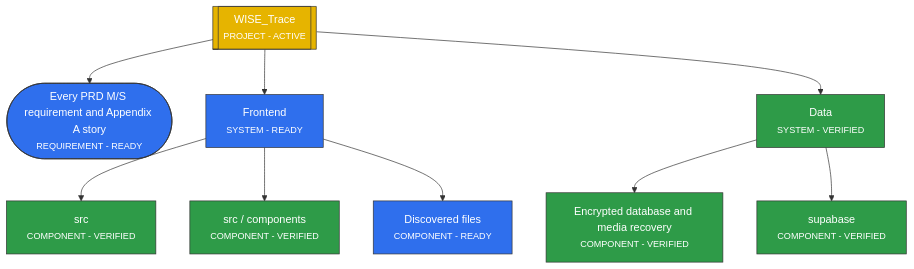
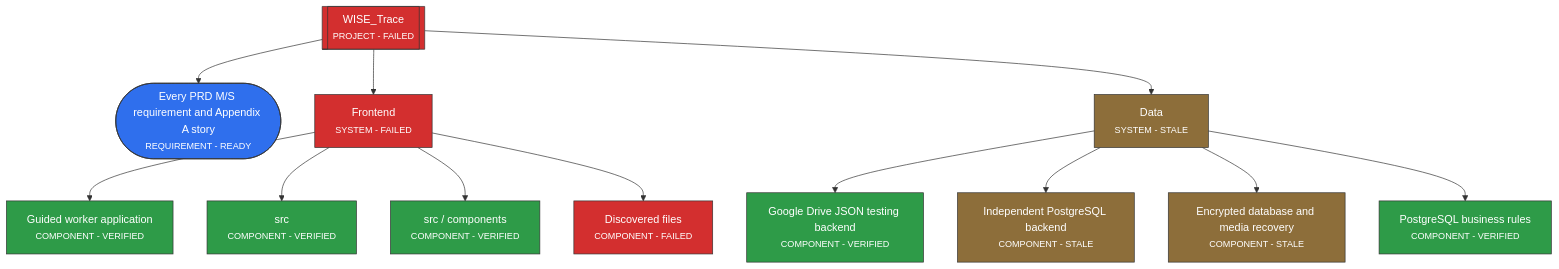
Before and after one commit to ESDUaub2025/WISE_Trace: the diagram in .projectgraph/views/architecture.mmd, drawn with Mermaid. The commit also changed 565 other files, not shown here.

Commit message:
Fix worker flow bugs, close production logic gaps, remove Supabase leftovers

```diff
--- a/.projectgraph/views/architecture.mmd
+++ b/.projectgraph/views/architecture.mmd
@@ -1,31 +1,38 @@
 flowchart TB
-    CMP_DISCOVERED_FILES["Discovered files<br/><small>COMPONENT - READY</small>"]
-    CMP_RECOVERY["Encrypted database and media recovery<br/><small>COMPONENT - VERIFIED</small>"]
+    CMP_DISCOVERED_FILES["Discovered files<br/><small>COMPONENT - FAILED</small>"]
+    CMP_GOOGLE_FILE_BACKEND["Google Drive JSON testing backend<br/><small>COMPONENT - VERIFIED</small>"]
+    CMP_RECOVERY["Encrypted database and media recovery<br/><small>COMPONENT - STALE</small>"]
+    CMP_SELF_HOSTED["Independent PostgreSQL backend<br/><small>COMPONENT - STALE</small>"]
+    CMP_SIMPLE_APP["Guided worker application<br/><small>COMPONENT - VERIFIED</small>"]
     CMP_SRC["src<br/><small>COMPONENT - VERIFIED</small>"]
     CMP_SRC_COMPONENTS["src / components<br/><small>COMPONENT - VERIFIED</small>"]
-    CMP_SUPABASE["supabase<br/><small>COMPONENT - VERIFIED</small>"]
+    CMP_SUPABASE["PostgreSQL business rules<br/><small>COMPONENT - VERIFIED</small>"]
     REQ_FULL_MVP(["Every PRD M/S requirement and Appendix A story<br/><small>REQUIREMENT - READY</small>"])
-    SYS_DATA["Data<br/><small>SYSTEM - VERIFIED</small>"]
-    SYS_FRONTEND["Frontend<br/><small>SYSTEM - READY</small>"]
-    WISE_TRACE[["WISE_Trace<br/><small>PROJECT - ACTIVE</small>"]]
+    SYS_DATA["Data<br/><small>SYSTEM - STALE</small>"]
+    SYS_FRONTEND["Frontend<br/><small>SYSTEM - FAILED</small>"]
+    WISE_TRACE[["WISE_Trace<br/><small>PROJECT - FAILED</small>"]]
+    SYS_DATA --> CMP_GOOGLE_FILE_BACKEND
+    SYS_FRONTEND --> CMP_SIMPLE_APP
+    SYS_DATA --> CMP_SELF_HOSTED
     SYS_DATA --> CMP_RECOVERY
     WISE_TRACE --> SYS_FRONTEND
     WISE_TRACE --> SYS_DATA
     SYS_DATA --> CMP_SUPABASE
     SYS_FRONTEND --> CMP_SRC
     SYS_FRONTEND --> CMP_SRC_COMPONENTS
     WISE_TRACE --> REQ_FULL_MVP
     SYS_FRONTEND --> CMP_DISCOVERED_FILES
     classDef declared fill:#9e9e9e,stroke:#333,stroke-width:1px,color:#333333;
     classDef ready fill:#2f6fed,stroke:#333,stroke-width:1px,color:#ffffff;
     classDef active fill:#e6b400,stroke:#333,stroke-width:1px,color:#ffffff;
     classDef implemented fill:#128f8f,stroke:#333,stroke-width:1px,color:#ffffff;
     classDef verifying fill:#f08c00,stroke:#333,stroke-width:1px,color:#ffffff;
     classDef verified fill:#2e9b48,stroke:#333,stroke-width:1px,color:#ffffff;
     classDef failed fill:#d32f2f,stroke:#333,stroke-width:1px,color:#ffffff;
     classDef blocked fill:#7b3fbf,stroke:#333,stroke-width:1px,color:#ffffff;
     classDef stale fill:#8d6e3a,stroke:#333,stroke-width:1px,color:#ffffff;
     classDef superseded fill:#c9c9c9,stroke:#333,stroke-width:1px,color:#333333;
-    class WISE_TRACE active;
-    class CMP_DISCOVERED_FILES,REQ_FULL_MVP,SYS_FRONTEND ready;
-    class CMP_RECOVERY,CMP_SRC,CMP_SRC_COMPONENTS,CMP_SUPABASE,SYS_DATA verified;
+    class CMP_DISCOVERED_FILES,SYS_FRONTEND,WISE_TRACE failed;
+    class REQ_FULL_MVP ready;
+    class CMP_RECOVERY,CMP_SELF_HOSTED,SYS_DATA stale;
+    class CMP_GOOGLE_FILE_BACKEND,CMP_SIMPLE_APP,CMP_SRC,CMP_SRC_COMPONENTS,CMP_SUPABASE verified;
```
